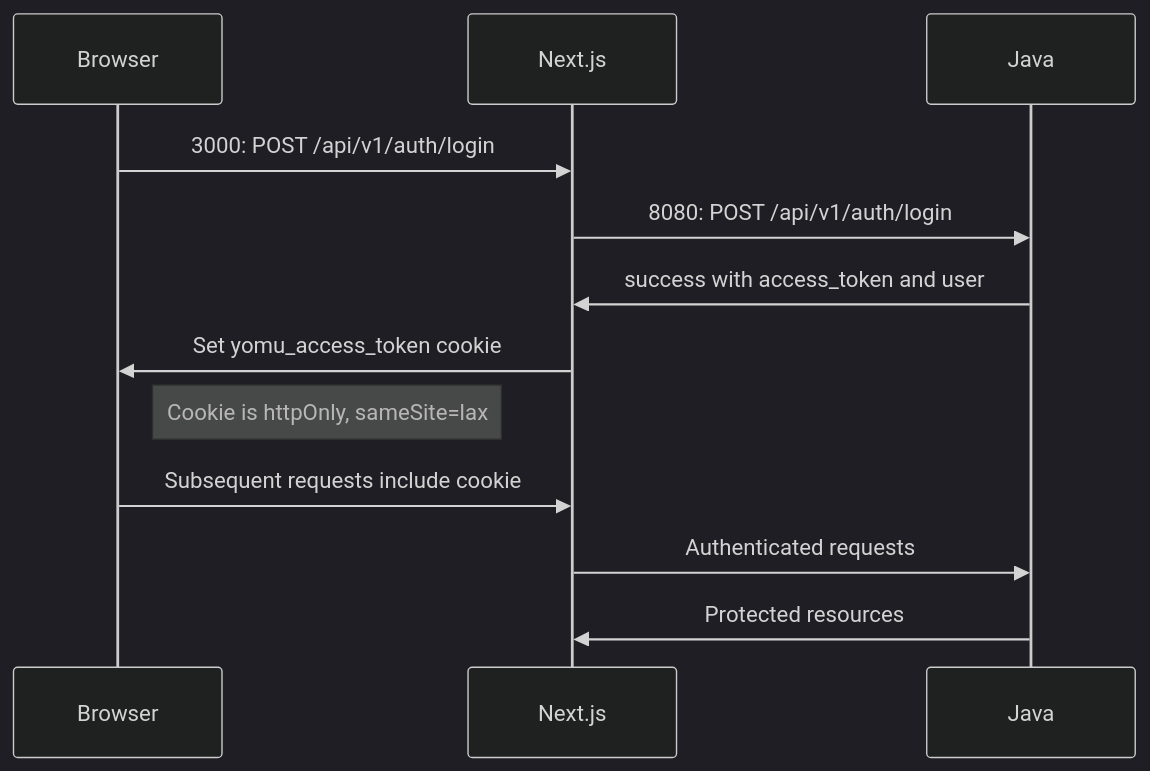
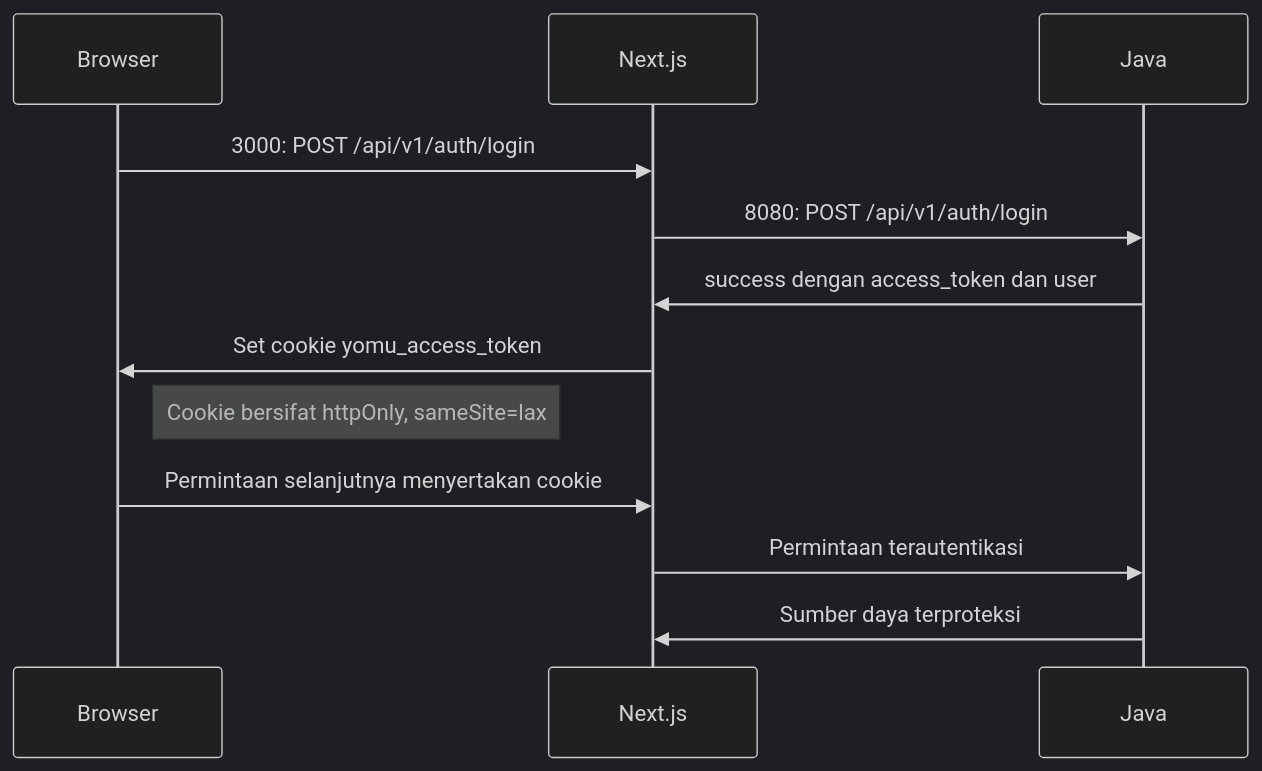
One commit to advprog-2026-A14-project/yomu-docs changed the first of 2 diagrams in content/docs/frontend/bff-auth.mdx. Above: the diagram before and after it, drawn with Mermaid (dark theme). The commit also changed other lines of this file and 30 other files, not shown here.

````diff
--- a/content/docs/frontend/bff-auth.mdx
+++ b/content/docs/frontend/bff-auth.mdx
@@ -19,11 +19,11 @@
 ```mermaid
 sequenceDiagram
     Browser->>Next.js:3000: POST /api/v1/auth/login
     Next.js->>Java:8080: POST /api/v1/auth/login
-    Java->>Next.js: success with access_token and user
-    Next.js->>Browser: Set yomu_access_token cookie
-    Note right of Browser: Cookie is httpOnly, sameSite=lax
-    Browser->>Next.js: Subsequent requests include cookie
-    Next.js->>Java: Authenticated requests
-    Java->>Next.js: Protected resources
+    Java->>Next.js: success dengan access_token dan user
+    Next.js->>Browser: Set cookie yomu_access_token
+    Note right of Browser: Cookie bersifat httpOnly, sameSite=lax
+    Browser->>Next.js: Permintaan selanjutnya menyertakan cookie
+    Next.js->>Java: Permintaan terautentikasi
+    Java->>Next.js: Sumber daya terproteksi
 ```
````
